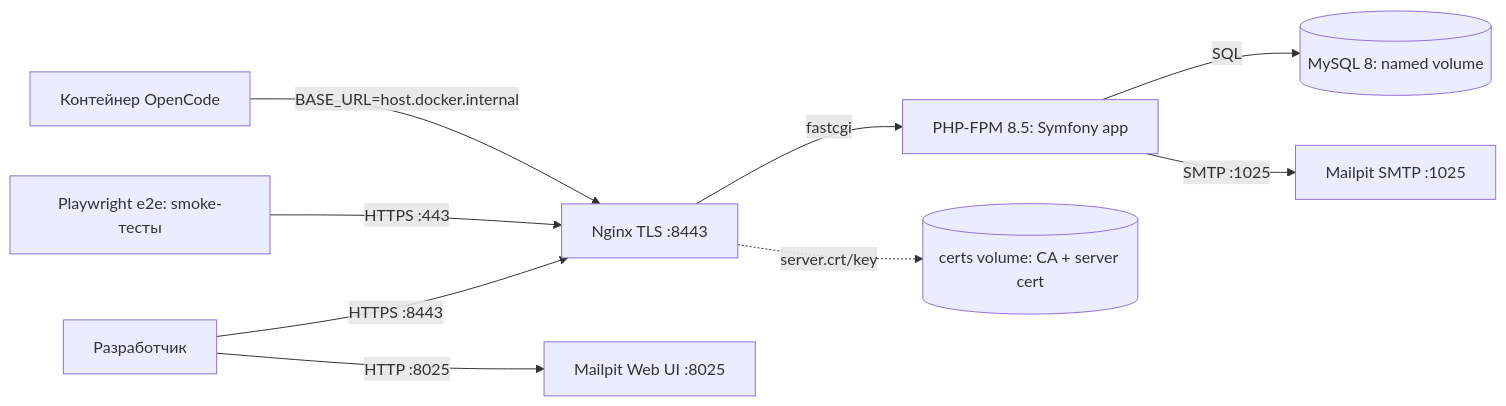
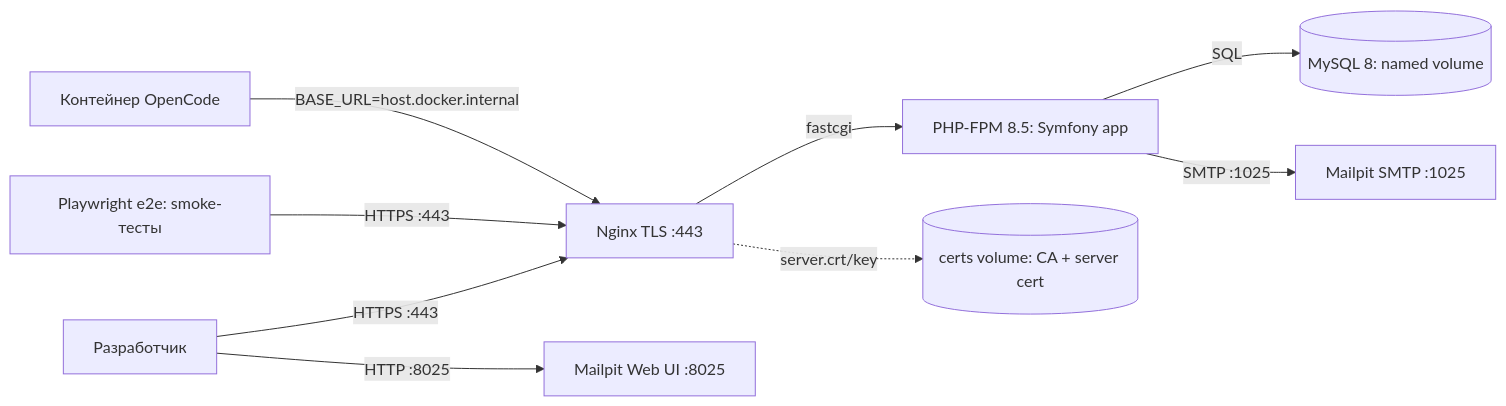
Before and after one commit to AliakseiBurak/crm-b2b-call: the diagram in openspec/changes/initial-docker-setup/design.md, drawn with Mermaid. The commit also changed other lines of this file and 2 other files, not shown here.

Commit message:
spec: add phpmyadmin dev service (proposal, tasks 1.9, D8, fix diagram port)

````diff
--- a/openspec/changes/initial-docker-setup/design.md
+++ b/openspec/changes/initial-docker-setup/design.md
@@ -173,11 +189,11 @@
 ```mermaid
 flowchart LR
-    Dev[Разработчик] -->|HTTPS :8443| Nginx[Nginx TLS :8443]
+    Dev[Разработчик] -->|HTTPS :443| Nginx[Nginx TLS :443]
     Nginx -->|fastcgi| Php[PHP-FPM 8.5: Symfony app]
     Php -->|SQL| MySQL[(MySQL 8: named volume)]
     Php -->|SMTP :1025| Mailpit[Mailpit SMTP :1025]
     Dev -->|HTTP :8025| MailpitUI[Mailpit Web UI :8025]
     Nginx -.->|server.crt/key| Certs[(certs volume: CA + server cert)]
     E2e[Playwright e2e: smoke-тесты] -->|HTTPS :443| Nginx
     OC[Контейнер OpenCode] -->|BASE_URL=host.docker.internal| Nginx
 ```
````
